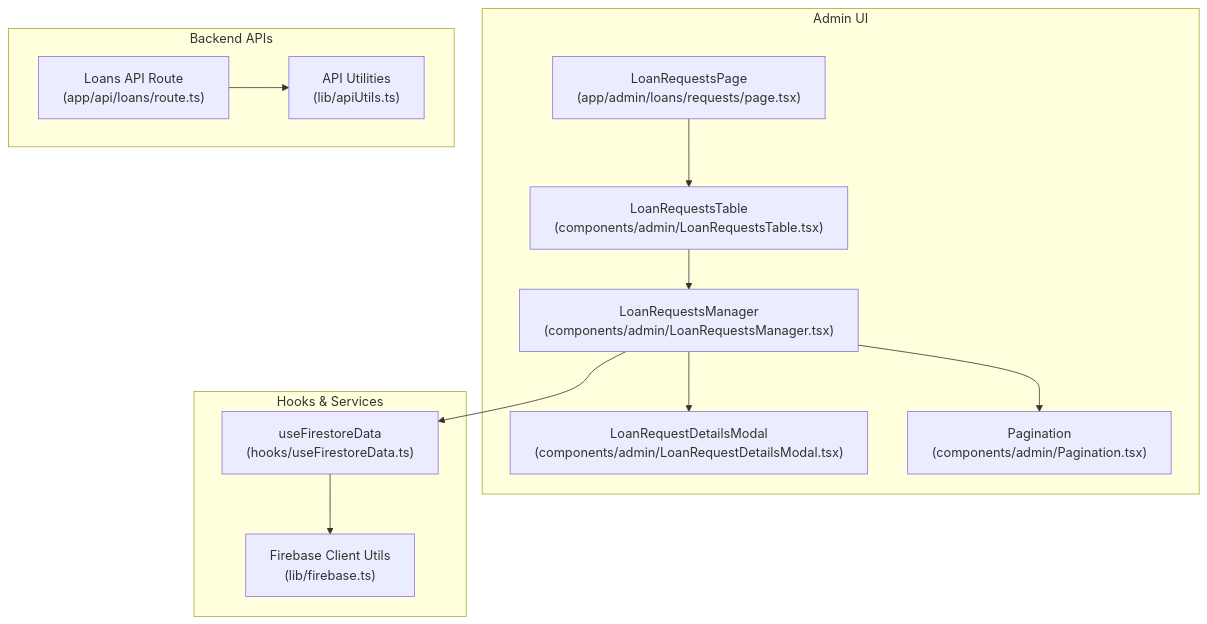
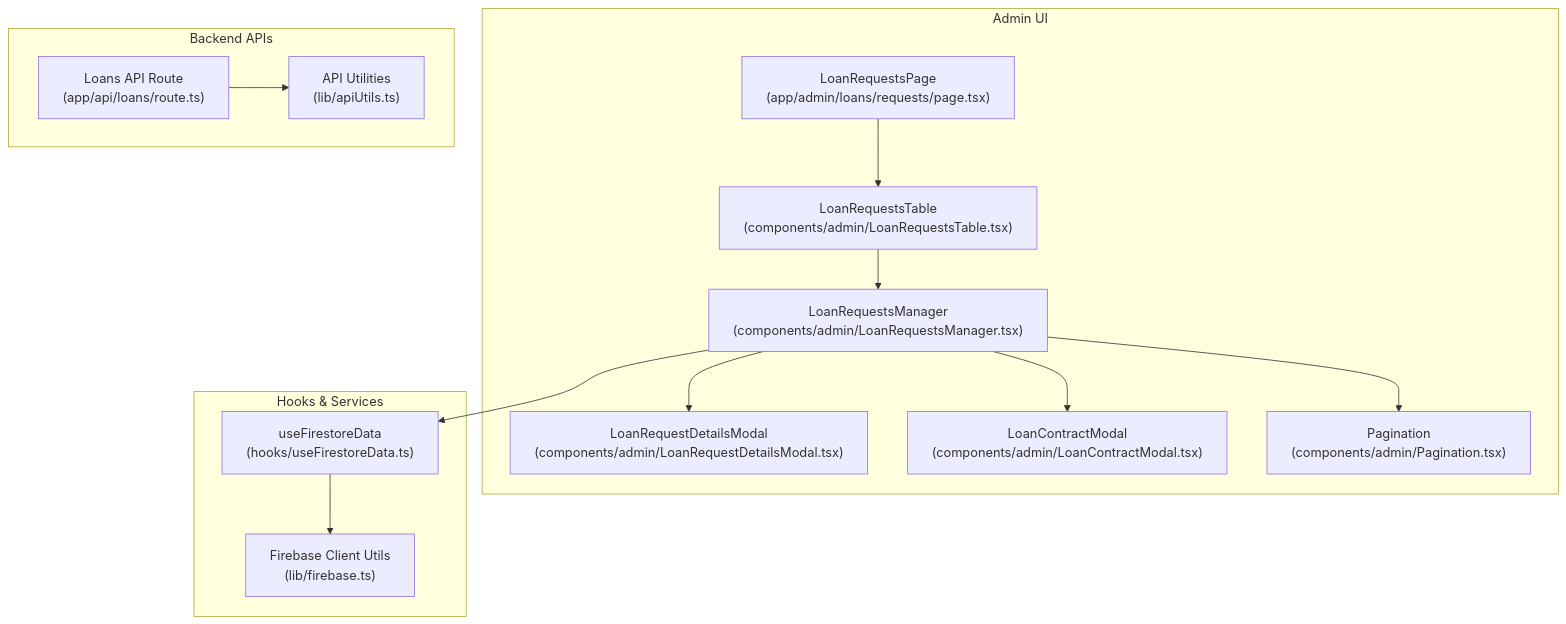
The first of 4 diagrams in .qoder/repowiki/en/content/Loan Management System/Loan Approval Process.md (Unsure-bry/sampacoop_system), drawn with Mermaid before and after one commit. The commit also changed other lines of this file and 24 other files, not shown here.

````diff
--- a/.qoder/repowiki/en/content/Loan Management System/Loan Approval Process.md
+++ b/.qoder/repowiki/en/content/Loan Management System/Loan Approval Process.md
@@ -36,24 +45,26 @@
 ```mermaid
 graph TB
 subgraph "Admin UI"
 A["LoanRequestsPage<br/>(app/admin/loans/requests/page.tsx)"]
 B["LoanRequestsTable<br/>(components/admin/LoanRequestsTable.tsx)"]
 C["LoanRequestsManager<br/>(components/admin/LoanRequestsManager.tsx)"]
 D["LoanRequestDetailsModal<br/>(components/admin/LoanRequestDetailsModal.tsx)"]
-E["Pagination<br/>(components/admin/Pagination.tsx)"]
+E["LoanContractModal<br/>(components/admin/LoanContractModal.tsx)"]
+F["Pagination<br/>(components/admin/Pagination.tsx)"]
 end
 subgraph "Hooks & Services"
-F["useFirestoreData<br/>(hooks/useFirestoreData.ts)"]
-G["Firebase Client Utils<br/>(lib/firebase.ts)"]
+G["useFirestoreData<br/>(hooks/useFirestoreData.ts)"]
+H["Firebase Client Utils<br/>(lib/firebase.ts)"]
 end
 subgraph "Backend APIs"
-H["Loans API Route<br/>(app/api/loans/route.ts)"]
-I["API Utilities<br/>(lib/apiUtils.ts)"]
+I["Loans API Route<br/>(app/api/loans/route.ts)"]
+J["API Utilities<br/>(lib/apiUtils.ts)"]
 end
 A --> B --> C
 C --> D
 C --> E
 C --> F
-F --> G
-H --> I
+C --> G
+G --> H
+I --> J
 ```
````
